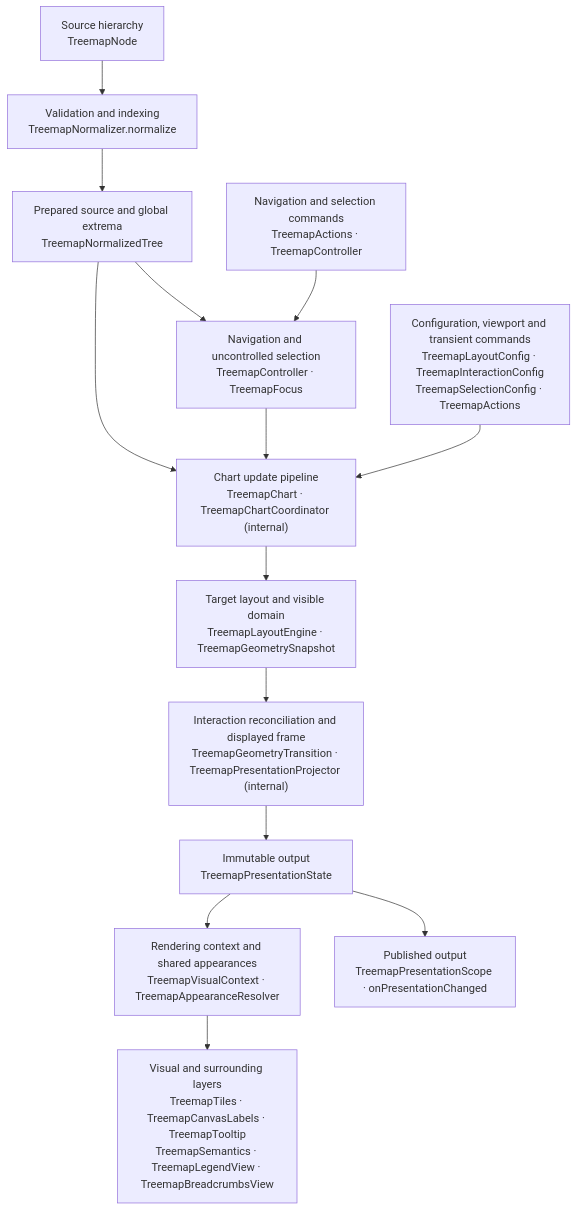
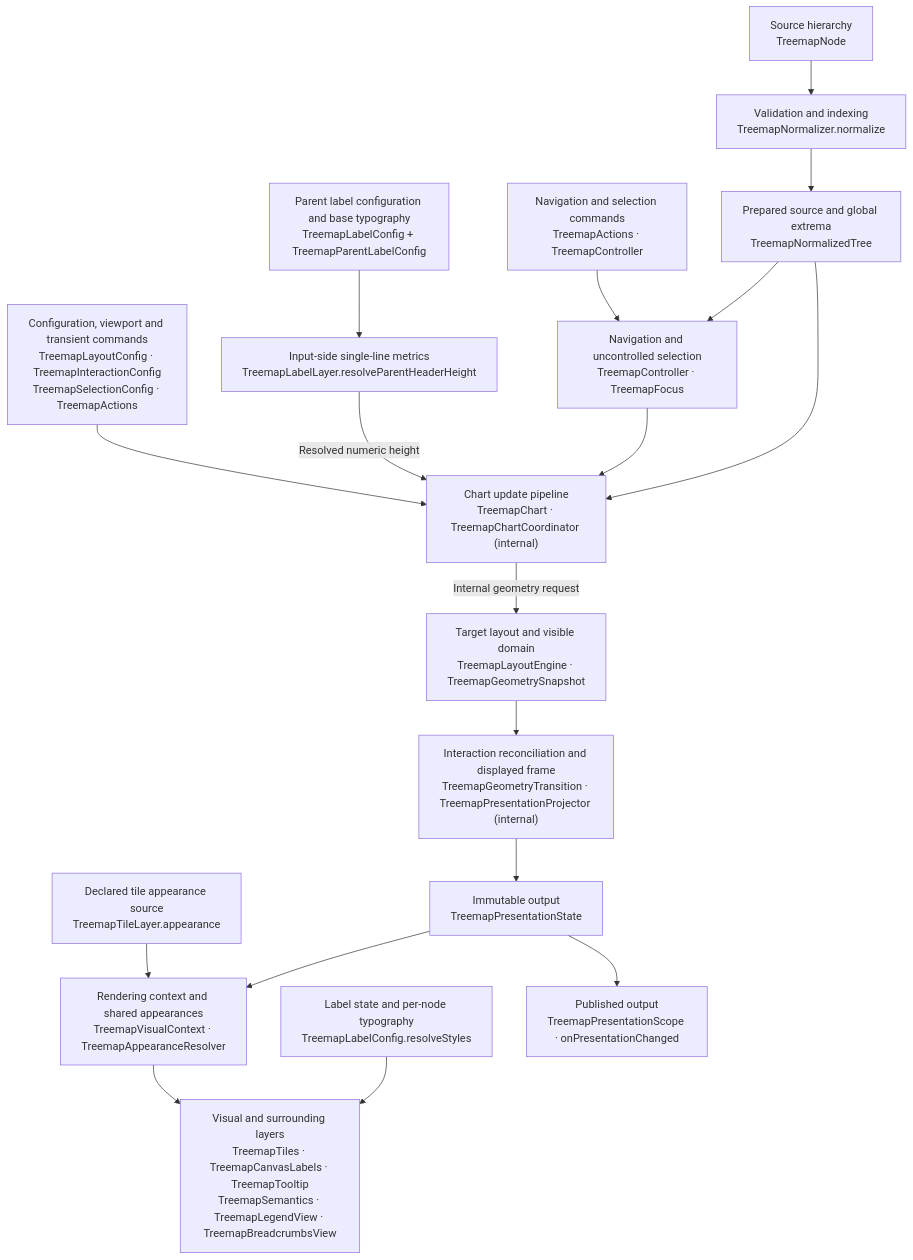
One commit to andry-brill/a-treemap changed the diagram in README.md. Above: the diagram before and after it, drawn with Mermaid. The commit also changed other lines of this file and 64 other files, not shown here.

````diff
--- a/README.md
+++ b/README.md
@@ -130,16 +132,20 @@
 ```mermaid
 flowchart TD
     Source["Source hierarchy<br/>TreemapNode"] --> Prepare["Validation and indexing<br/>TreemapNormalizer.normalize"]
     Prepare --> Tree["Prepared source and global extrema<br/>TreemapNormalizedTree"]
     Tree --> Controller["Navigation and uncontrolled selection<br/>TreemapController · TreemapFocus"]
     Tree --> Coordinator["Chart update pipeline<br/>TreemapChart · TreemapChartCoordinator (internal)"]
     Controller --> Coordinator
+    LabelInputs["Parent label configuration and base typography<br/>TreemapLabelConfig + TreemapParentLabelConfig"] --> Metrics["Input-side single-line metrics<br/>TreemapLabelLayer.resolveParentHeaderHeight"]
+    Metrics -->|Resolved numeric height| Coordinator
     Inputs["Configuration, viewport and transient commands<br/>TreemapLayoutConfig · TreemapInteractionConfig<br/>TreemapSelectionConfig · TreemapActions"] --> Coordinator
-    Coordinator --> Target["Target layout and visible domain<br/>TreemapLayoutEngine · TreemapGeometrySnapshot"]
+    Coordinator -->|Internal geometry request| Target["Target layout and visible domain<br/>TreemapLayoutEngine · TreemapGeometrySnapshot"]
     Target --> Frame["Interaction reconciliation and displayed frame<br/>TreemapGeometryTransition · TreemapPresentationProjector (internal)"]
     Frame --> Presentation["Immutable output<br/>TreemapPresentationState"]
     Presentation --> Visual["Rendering context and shared appearances<br/>TreemapVisualContext · TreemapAppearanceResolver"]
+    TileSource["Declared tile appearance source<br/>TreemapTileLayer.appearance"] --> Visual
+    LabelOverrides["Label state and per-node typography<br/>TreemapLabelConfig.resolveStyles"] --> Views
     Visual --> Views["Visual and surrounding layers<br/>TreemapTiles · TreemapCanvasLabels · TreemapTooltip<br/>TreemapSemantics · TreemapLegendView · TreemapBreadcrumbsView"]
     Presentation --> Observers["Published output<br/>TreemapPresentationScope · onPresentationChanged"]
     Commands["Navigation and selection commands<br/>TreemapActions · TreemapController"] --> Controller
 ```
````
